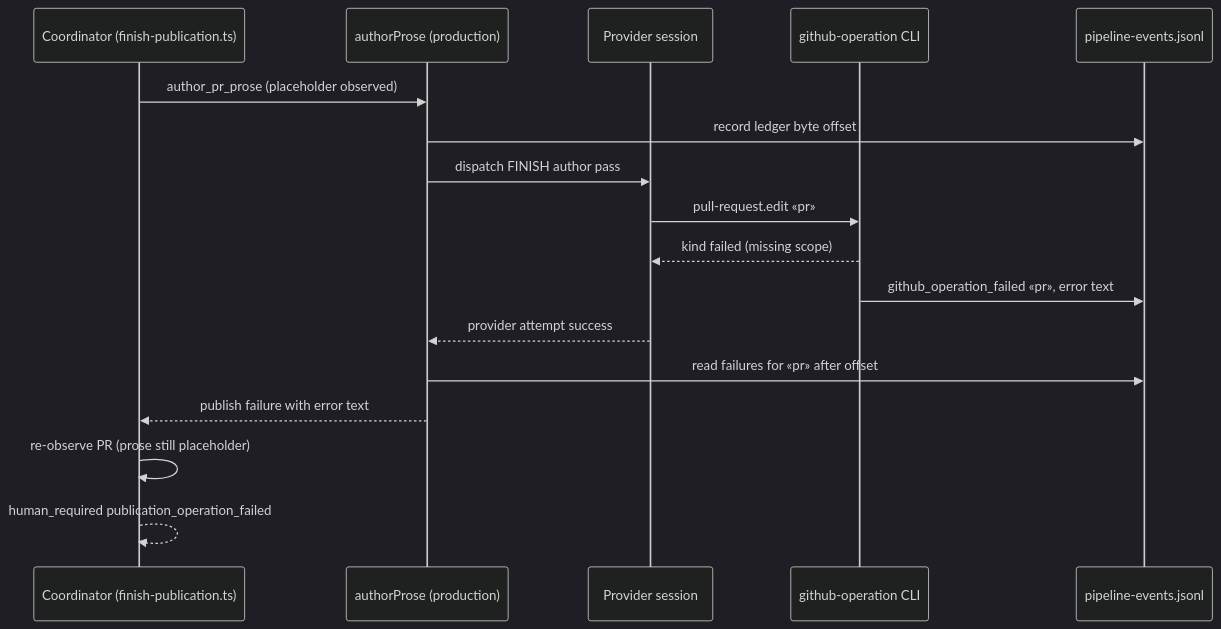
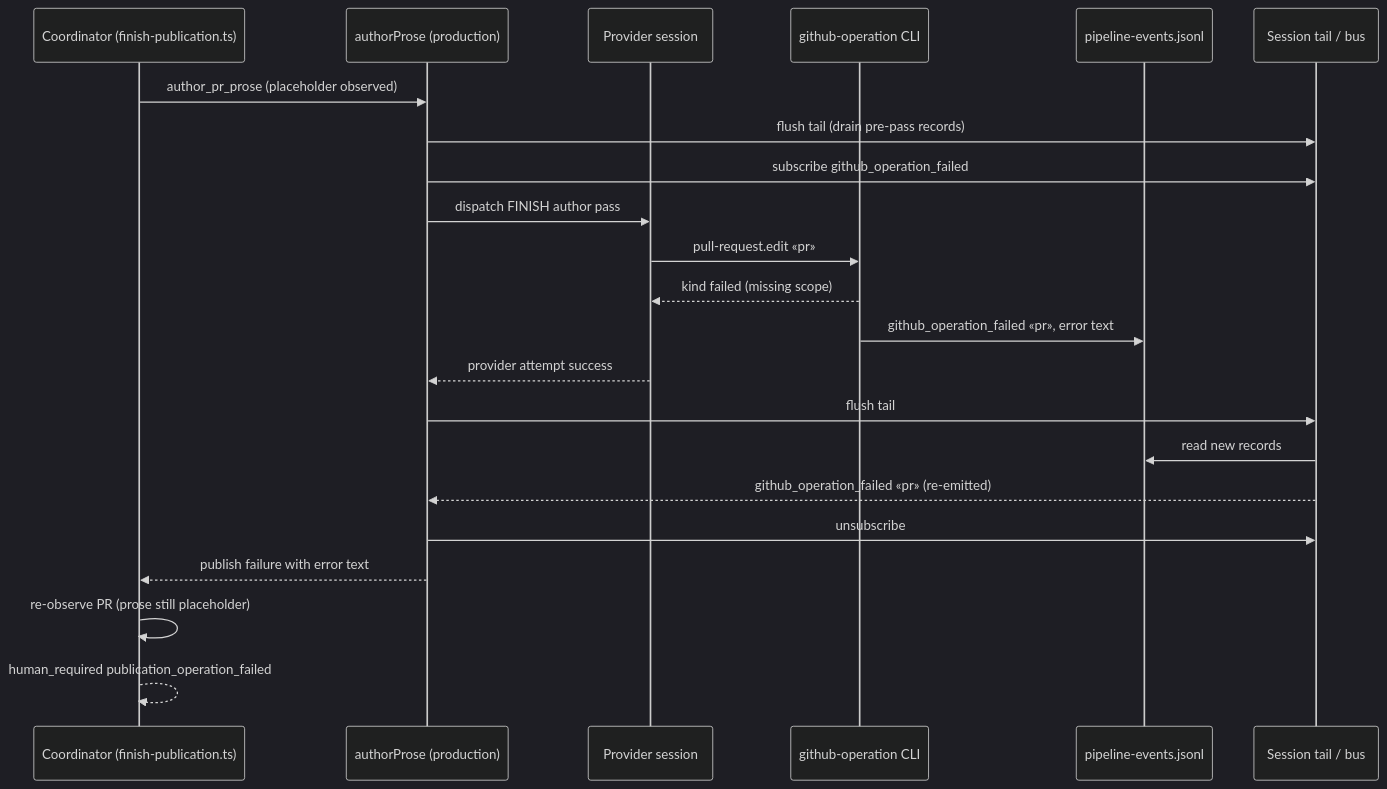
Before and after one commit to jstoup111/ai-conductor: the second of 2 diagrams in .docs/architecture/finish-pr-body-publish-fails-on-token-scope-and-ha.md, drawn with Mermaid (dark theme). The commit also changed other lines of this file and 36 other files, not shown here.

````diff
--- a/.docs/architecture/finish-pr-body-publish-fails-on-token-scope-and-ha.md
+++ b/.docs/architecture/finish-pr-body-publish-fails-on-token-scope-and-ha.md
@@ -52,19 +53,24 @@
 ```mermaid
 sequenceDiagram
     participant C as Coordinator (finish-publication.ts)
     participant A as authorProse (production)
     participant P as Provider session
     participant G as github-operation CLI
     participant S as pipeline-events.jsonl
+    participant T as Session tail / bus
     C->>A: author_pr_prose (placeholder observed)
-    A->>S: record ledger byte offset
+    A->>T: flush tail (drain pre-pass records)
+    A->>T: subscribe github_operation_failed
     A->>P: dispatch FINISH author pass
     P->>G: pull-request.edit «pr»
     G-->>P: kind failed (missing scope)
     G->>S: github_operation_failed «pr», error text
     P-->>A: provider attempt success
-    A->>S: read failures for «pr» after offset
+    A->>T: flush tail
+    T->>S: read new records
+    T-->>A: github_operation_failed «pr» (re-emitted)
+    A->>T: unsubscribe
     A-->>C: publish failure with error text
     C->>C: re-observe PR (prose still placeholder)
     C-->>C: human_required publication_operation_failed
 ```
````
